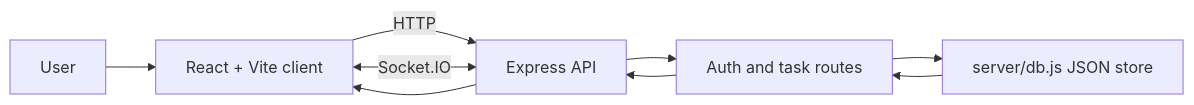
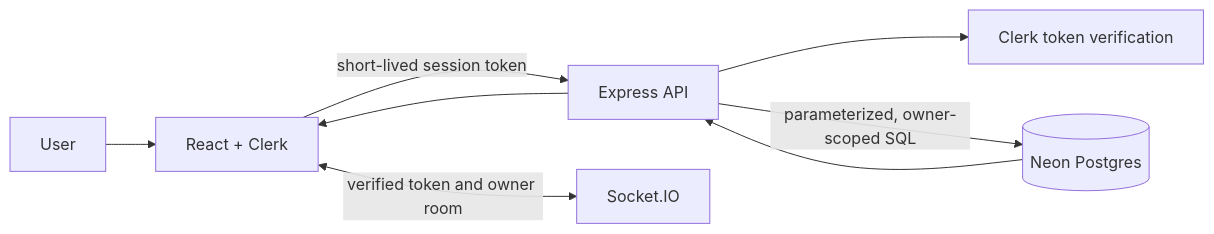
Before and after one commit to kalyan870/task-manager: the diagram in README.md, drawn with Mermaid. The commit also changed other lines of this file and 22 other files, not shown here.

Commit message:
Secure tasks with Clerk and Neon

````diff
--- a/README.md
+++ b/README.md
@@ -13,9 +7,9 @@
 ```mermaid
 flowchart LR
-  U[User] --> C[React + Vite client]
-  C -->|HTTP| A[Express API]
-  C <-->|Socket.IO| A
-  A --> R[Auth and task routes]
-  R --> D[server/db.js JSON store]
-  D --> R --> A --> C
+  U[User] --> C[React + Clerk]
+  C -->|short-lived session token| A[Express API]
+  C <-->|verified token and owner room| S[Socket.IO]
+  A --> V[Clerk token verification]
+  A -->|parameterized, owner-scoped SQL| N[(Neon Postgres)]
+  N --> A --> C
 ```
````
